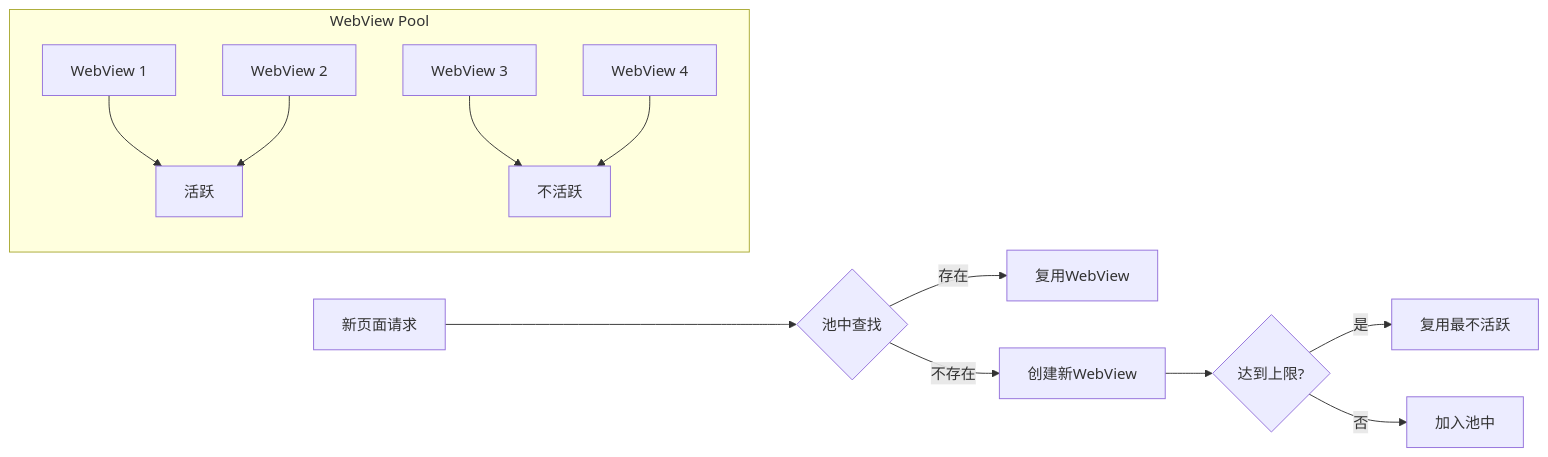
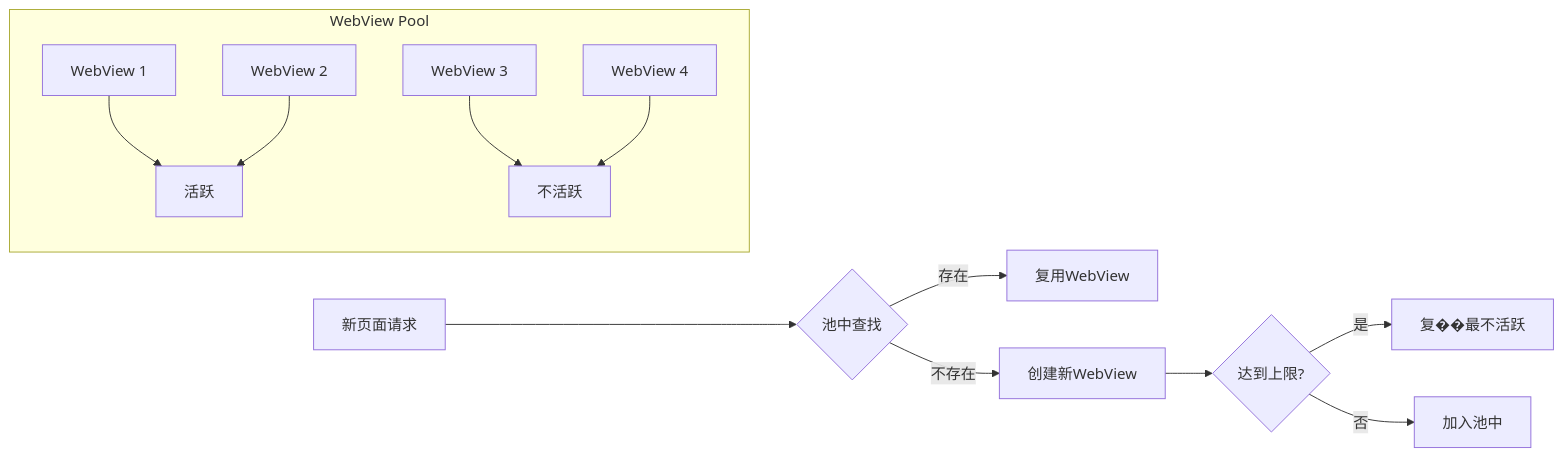
Before and after one commit to Zenquan/blog.u-tools.fun: the fifth of 5 diagrams in content/blog/app-h5-offline-solution.md, drawn with Mermaid. The commit also changed other lines of this file, not shown here.

````diff
--- a/content/blog/app-h5-offline-solution.md
+++ b/content/blog/app-h5-offline-solution.md
@@ -673,16 +738,16 @@
 ```mermaid
 graph LR
     subgraph WebView Pool
     A[WebView 1] --> E[活跃]
     B[WebView 2] --> E
     C[WebView 3] --> F[不活跃]
     D[WebView 4] --> F
     end
 
     G[新页面请求] --> H{池中查找}
     H -->|存在| I[复用WebView]
     H -->|不存在| J[创建新WebView]
     J --> K{达到上限?}
-    K -->|是| L[复用最不活跃]
+    K -->|是| L[复��最不活跃]
     K -->|否| M[加入池中]
 ```
````
